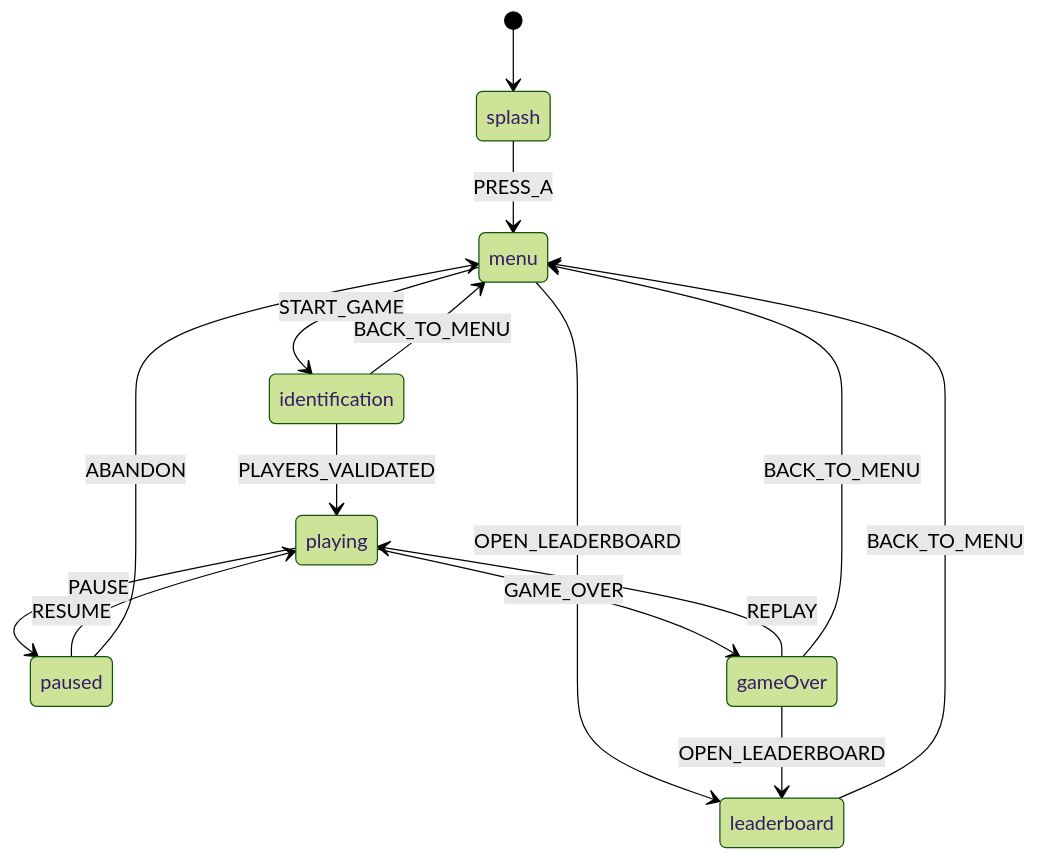
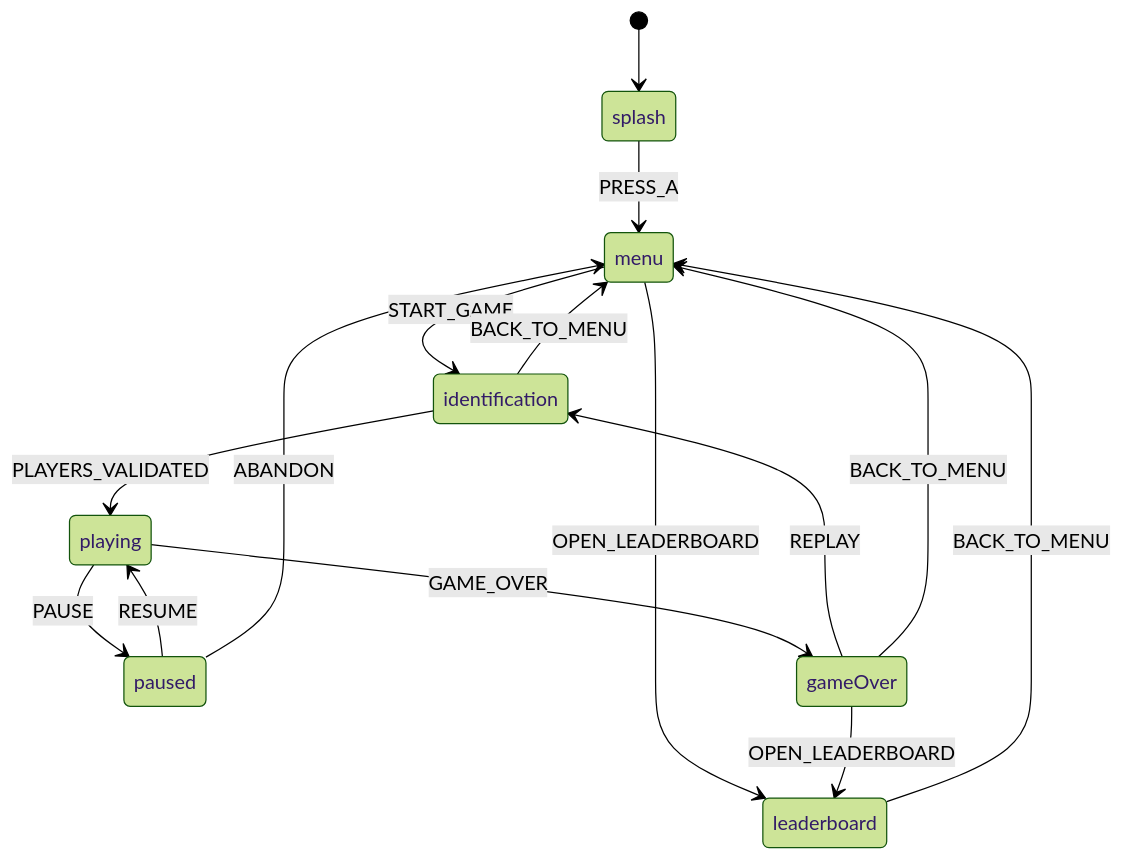
One commit to fouuuadi/Flipper_front changed the diagram in docs/state-machine.md. Above: the diagram before and after it, drawn with Mermaid (forest theme). The commit also changed other lines of this file and 47 other files, not shown here.

````diff
--- a/docs/state-machine.md
+++ b/docs/state-machine.md
@@ -26,24 +26,24 @@
 ```mermaid
 stateDiagram-v2
     [*] --> splash
 
     splash --> menu: PRESS_A
 
     menu --> identification: START_GAME
     menu --> leaderboard: OPEN_LEADERBOARD
 
     identification --> playing: PLAYERS_VALIDATED
     identification --> menu: BACK_TO_MENU
 
     playing --> paused: PAUSE
     playing --> gameOver: GAME_OVER
 
     paused --> playing: RESUME
     paused --> menu: ABANDON
 
-    gameOver --> playing: REPLAY
+    gameOver --> identification: REPLAY
     gameOver --> menu: BACK_TO_MENU
     gameOver --> leaderboard: OPEN_LEADERBOARD
 
     leaderboard --> menu: BACK_TO_MENU
 ```
````
